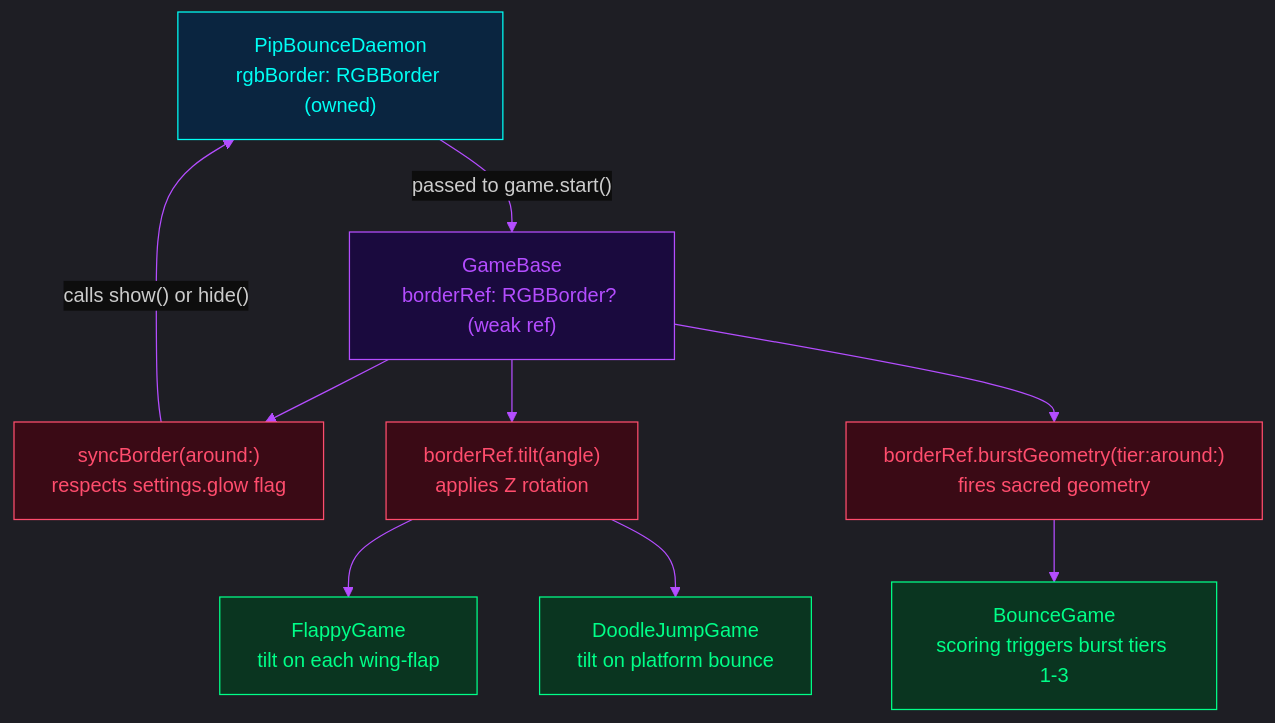
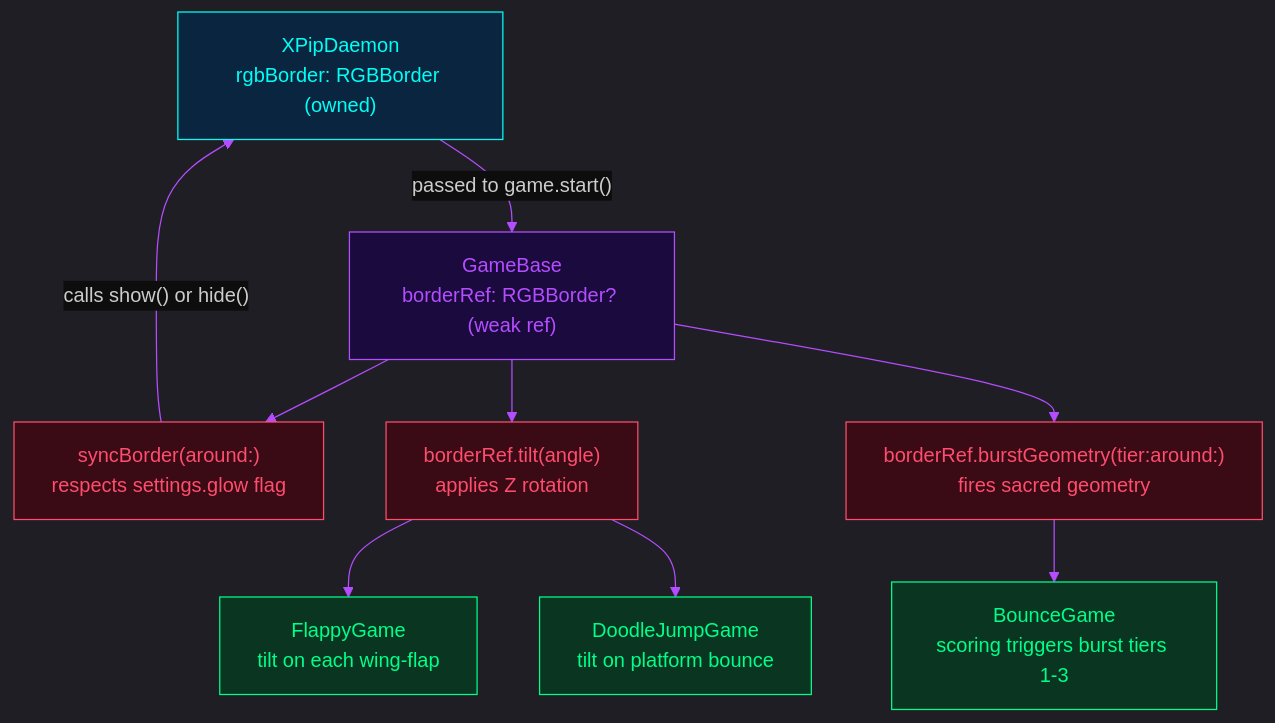
One commit to colours93/pipbounce changed the seventh of 7 diagrams in docs/RGB-BORDER.md. Above: the diagram before and after it, drawn with Mermaid. The commit also changed other lines of this file and 21 other files, not shown here.

Commit message:
Rebrand pipbounce to xpip across daemon, extension, docs, and tooling

````diff
--- a/docs/RGB-BORDER.md
+++ b/docs/RGB-BORDER.md
@@ -236,27 +236,27 @@
 ```mermaid
 %%{init: {'theme': 'dark', 'themeVariables': {'primaryColor': '#0a2540', 'primaryTextColor': '#00fff5', 'primaryBorderColor': '#00fff5', 'lineColor': '#b44dff', 'edgeLabelBackground': '#0d0d0d', 'clusterBkg': '#0d0d0d', 'titleColor': '#00fff5'}}}%%
 graph TD
     classDef ownerNode fill:#0a2540,stroke:#00fff5,color:#00fff5
     classDef baseNode fill:#1a0a3e,stroke:#b44dff,color:#b44dff
     classDef gameNode fill:#0a3520,stroke:#00ff88,color:#00ff88
     classDef methodNode fill:#3a0a15,stroke:#ff4d6d,color:#ff4d6d
 
-    PBD["PipBounceDaemon\nrgbBorder: RGBBorder (owned)"]:::ownerNode
+    PBD["XPipDaemon\nrgbBorder: RGBBorder (owned)"]:::ownerNode
     GB["GameBase\nborderRef: RGBBorder? (weak ref)"]:::baseNode
     SYNC["syncBorder(around:)\nrespects settings.glow flag"]:::methodNode
     TILT["borderRef.tilt(angle)\napplies Z rotation"]:::methodNode
     BURST["borderRef.burstGeometry(tier:around:)\nfires sacred geometry"]:::methodNode
 
     BG["BounceGame\nscoring triggers burst tiers 1-3"]:::gameNode
     FG["FlappyGame\ntilt on each wing-flap"]:::gameNode
     DJ["DoodleJumpGame\ntilt on platform bounce"]:::gameNode
 
     PBD -->|"passed to game.start()"| GB
     GB --> SYNC
     GB --> TILT
     GB --> BURST
     SYNC -->|"calls show() or hide()"| PBD
     BURST --> BG
     TILT --> FG
     TILT --> DJ
 ```
````
